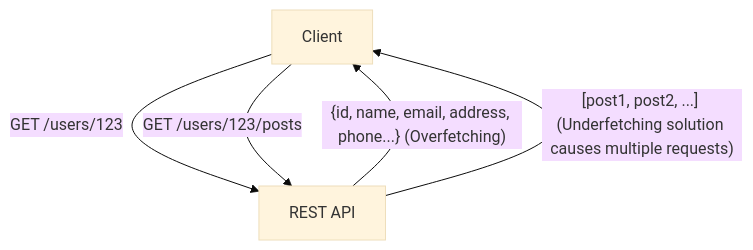
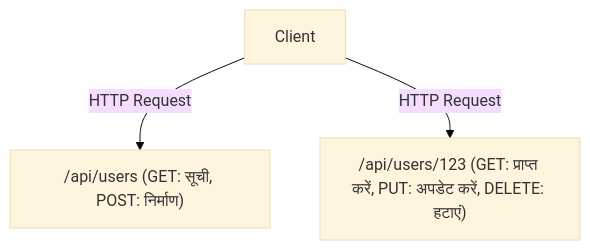
One commit to kenjinote/blog changed the diagram in content/post/graphql-vs-rest-api-design/index.hi.md. Above: the diagram before and after it, drawn with Mermaid (base theme). The commit also changed other lines of this file and 69 other files, not shown here.

````diff
--- a/content/post/graphql-vs-rest-api-design/index.hi.md
+++ b/content/post/graphql-vs-rest-api-design/index.hi.md
@@ -47,7 +22,8 @@
 ```mermaid
-graph TD
-    A["Client"] -- "GET /users/123" --> B["REST API"]
-    B -- "{id, name, email, address, phone...} (Overfetching)" --> A
-    A -- "GET /users/123/posts" --> B
-    B -- "[post1, post2, ...] (Underfetching solution causes multiple requests)" --> A
+flowchart TD
+    Client["Client"]
+    Users["/api/users (GET: सूची, POST: निर्माण)"]
+    UserItem["/api/users/123 (GET: प्राप्त करें, PUT: अपडेट करें, DELETE: हटाएं)"]
+    Client -- "HTTP Request" --> Users
+    Client -- "HTTP Request" --> UserItem
 ```
````
